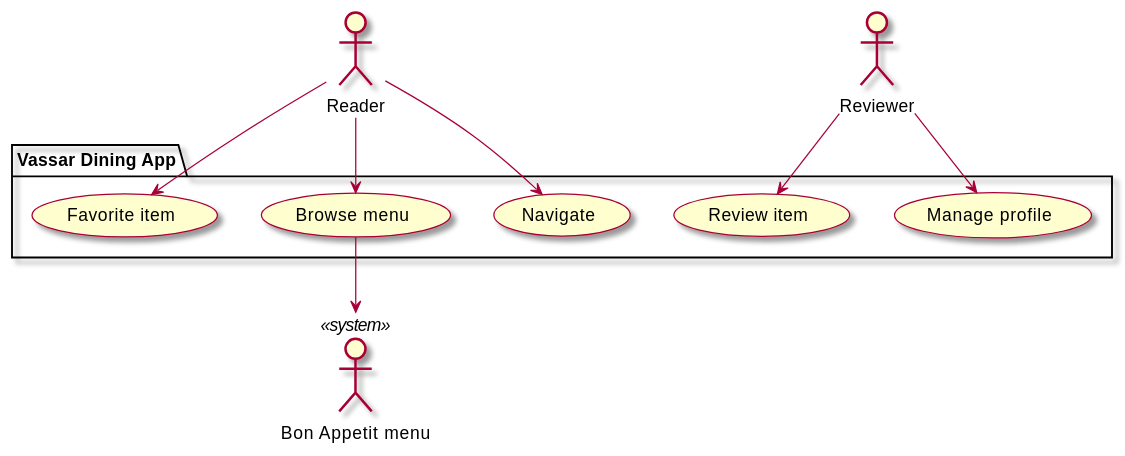
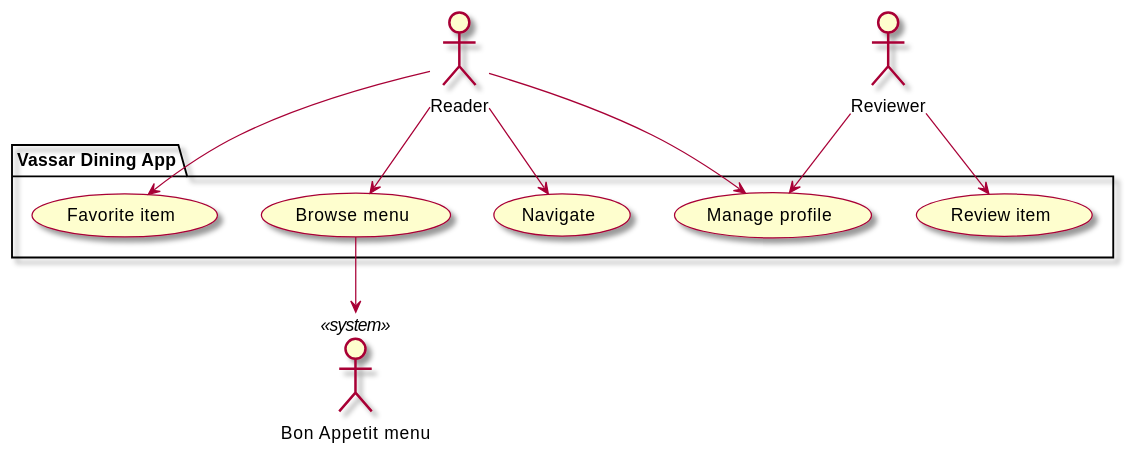
The diagram in intellij/doc/vision.md (sashap100/Vassar-Dining-App), drawn with PlantUML before and after one commit. The commit also changed 4 other files, not shown here.

````diff
--- a/intellij/doc/vision.md
+++ b/intellij/doc/vision.md
@@ -41,27 +41,28 @@
 ```plantuml
 @startuml
 skin rose
 'human actors
 actor "Reader" as reader
 actor "Reviewer" as reviewer
 
 'system actors
 actor "Bon Appetit menu" <<system>> as menuSystem
 
 package "Vassar Dining App"{
     usecase "Navigate" as navigate
     usecase "Browse menu" as browse
     usecase "Favorite item" as favorite
     usecase "Review item" as review
     usecase "Manage profile" as manage
 }
 
 'relationships
 reader --> navigate
 reader --> browse
 reader --> favorite
+reader --> manage
 reviewer --> review
 reviewer --> manage
 browse --> menuSystem
 @enduml
 ```
````
